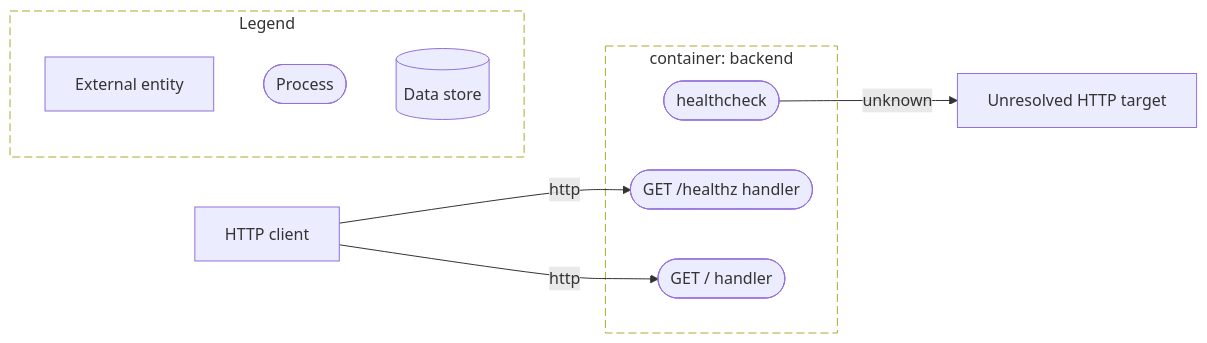
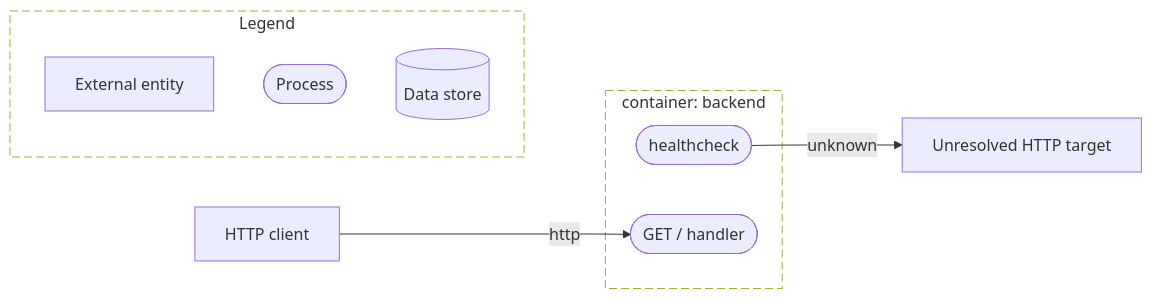
Before and after one commit to AskShri/code2designmapping: the diagram in evaluation/compose-react-express-mysql/diagrams/dfd-l2-yss4bddki6.mmd, drawn with Mermaid. The commit also changed 164 other files, not shown here.

```diff
--- a/evaluation/compose-react-express-mysql/diagrams/dfd-l2-yss4bddki6.mmd
+++ b/evaluation/compose-react-express-mysql/diagrams/dfd-l2-yss4bddki6.mmd
@@ -1,19 +1,17 @@
 %% L2: backend
 flowchart LR
   subgraph bnd_j3ktzp2k6o["container: backend"]
     proc_achqengmr6(["healthcheck"])
-    proc_acpcyekf6e(["GET /healthz handler"])
     proc_jnzaqgvgi5(["GET / handler"])
   end
   ext_miziwfdicw["Unresolved HTTP target"]
   ext_sga4qktkap["HTTP client"]
-  ext_sga4qktkap -->|"http"| proc_acpcyekf6e
   ext_sga4qktkap -->|"http"| proc_jnzaqgvgi5
   proc_achqengmr6 -->|"unknown"| ext_miziwfdicw
   style bnd_j3ktzp2k6o stroke-dasharray: 8 4,fill:none
   subgraph legend["Legend"]
     lg_e["External entity"]
     lg_p(["Process"])
     lg_s[("Data store")]
   end
   style legend stroke-dasharray: 8 4,fill:none
```
